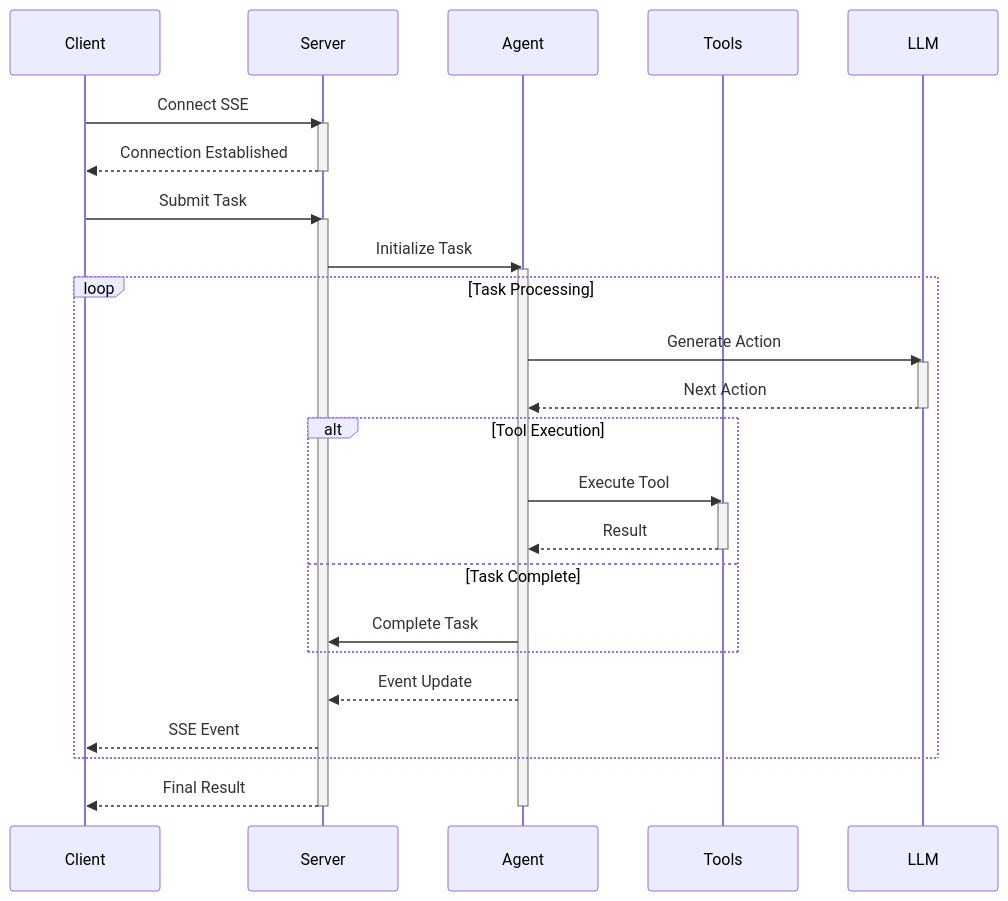
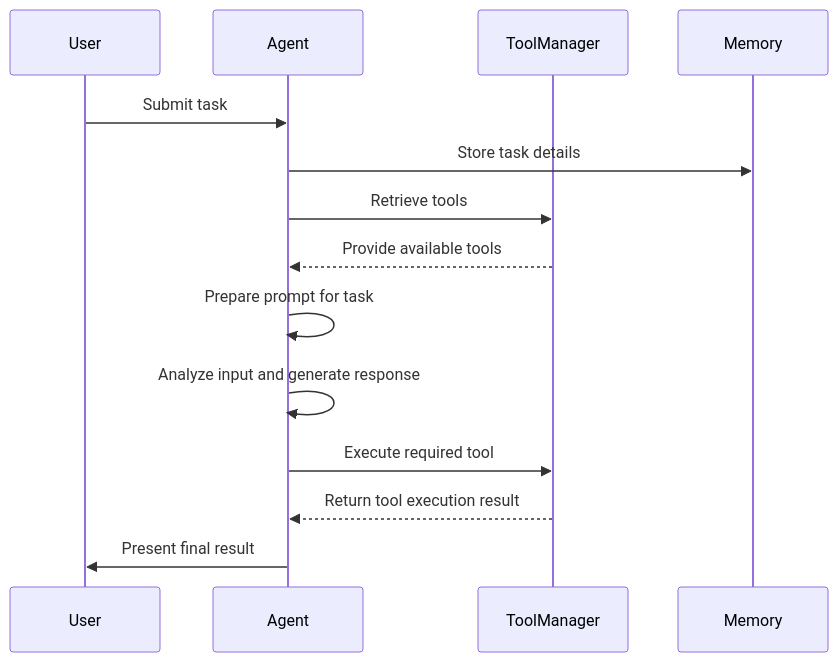
One commit to quantalogic/quantalogic changed the first of 9 diagrams in README.md. Above: the diagram before and after it, drawn with Mermaid. The commit also changed other lines of this file and 8 other files, not shown here.

````diff
--- a/README.md
+++ b/README.md
@@ -169,41 +174,17 @@
 ```mermaid
 sequenceDiagram
-    participant Client
-    participant Server
+    participant User
     participant Agent
-    participant Tools
-    participant LLM
+    participant ToolManager
+    participant Memory
 
-    Client->>Server: Connect SSE
-    activate Server
-    Server-->>Client: Connection Established
-    deactivate Server
-
-    Client->>Server: Submit Task
-    activate Server
-    Server->>Agent: Initialize Task
-    activate Agent
-
-    loop Task Processing
-        Agent->>LLM: Generate Action
-        activate LLM
-        LLM-->>Agent: Next Action
-        deactivate LLM
-
-        alt Tool Execution
-            Agent->>Tools: Execute Tool
-            activate Tools
-            Tools-->>Agent: Result
-            deactivate Tools
-        else Task Complete
-            Agent->>Server: Complete Task
-        end
-
-        Agent-->>Server: Event Update
-        Server-->>Client: SSE Event
-    end
-
-    Server-->>Client: Final Result
-    deactivate Agent
-    deactivate Server
+    User->>Agent: Submit task
+    Agent->>Memory: Store task details
+    Agent->>ToolManager: Retrieve tools
+    ToolManager-->>Agent: Provide available tools
+    Agent->>Agent: Prepare prompt for task
+    Agent->>Agent: Analyze input and generate response
+    Agent->>ToolManager: Execute required tool
+    ToolManager-->>Agent: Return tool execution result
+    Agent->>User: Present final result
 ```
````
